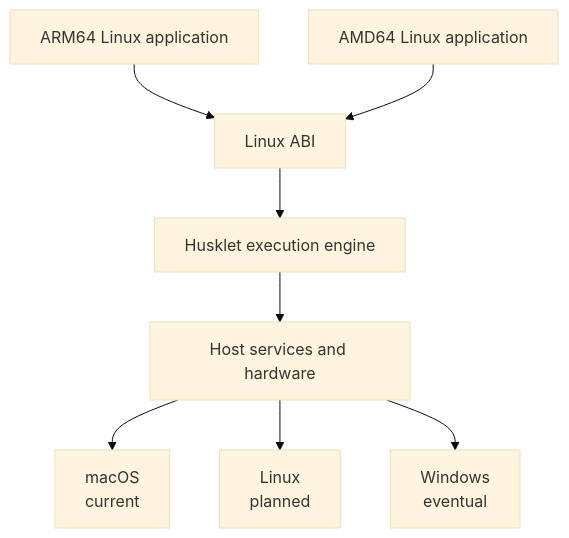
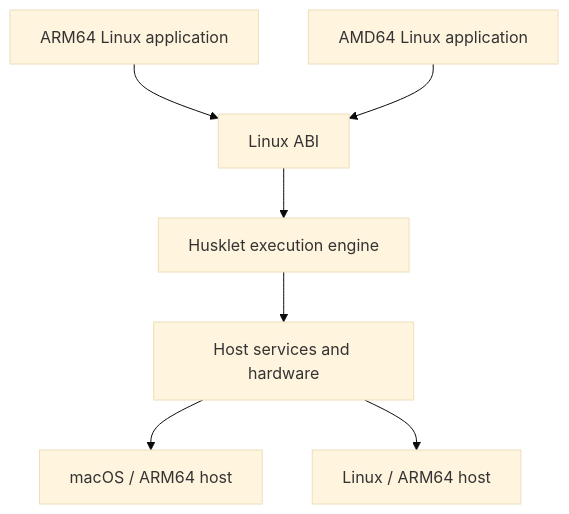
Before and after one commit to husklet/husklet: the diagram in README.md, drawn with Mermaid (base theme). The commit also changed other lines of this file and 8 other files, not shown here.

````diff
--- a/README.md
+++ b/README.md
@@ -35,21 +35,19 @@
 ```mermaid
 flowchart TB
     ARM["ARM64 Linux application"]
     AMD["AMD64 Linux application"]
 
     ABI["Linux ABI"]
     ENGINE["Husklet execution engine"]
     HOST["Host services and hardware"]
 
-    MAC["macOS<br/>current"]
-    LINUX["Linux<br/>planned"]
-    WINDOWS["Windows<br/>eventual"]
+    MAC["macOS / ARM64 host"]
+    LINUX["Linux / ARM64 host"]
 
     ARM --> ABI
     AMD --> ABI
     ABI --> ENGINE
     ENGINE --> HOST
     HOST --> MAC
     HOST --> LINUX
-    HOST --> WINDOWS
 ```
````
